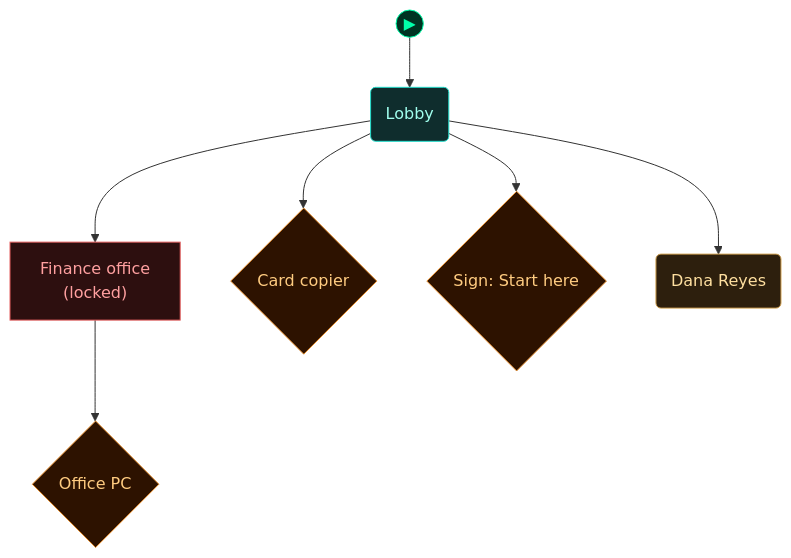
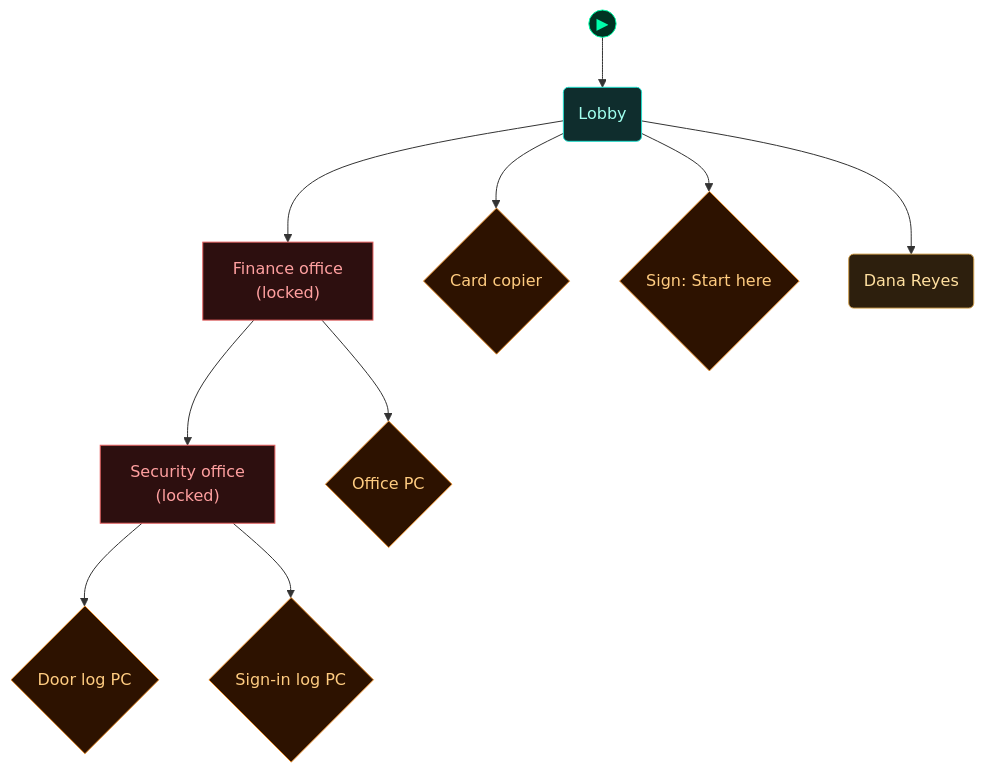
One commit to cliffe/BreakEscape changed the fifth of 5 diagrams in scenarios/test_ops_logs/dungeon_graph.md. Above: the diagram before and after it, drawn with Mermaid. The commit also changed other lines of this file and 8 other files, not shown here.

Commit message:
Ops log L2a: test_ops_logs security room with a reader per source, scenario tests, playtest beats 8-13, A24 read-side docs

````diff
--- a/scenarios/test_ops_logs/dungeon_graph.md
+++ b/scenarios/test_ops_logs/dungeon_graph.md
@@ -208,40 +218,46 @@
 ```mermaid
 flowchart TD
 
   classDef room      fill:#0f2d2d,stroke:#22ddcc,color:#a0ffee
   classDef lock      fill:#2d0f0f,stroke:#e66060,color:#ffa0a0
   classDef key       fill:#2d0812,stroke:#e66060,color:#ffa0a0
   classDef item      fill:#2d1200,stroke:#e89030,color:#ffcc80
   classDef gate      fill:#111,stroke:#666,color:#eee
   classDef vm        fill:#0c1f40,stroke:#4a90d9,color:#a0c8ff
   classDef flag      fill:#1a0c2d,stroke:#9060d0,color:#cc99ff
   classDef action    fill:#1a1200,stroke:#cc9922,color:#ffee88
   classDef aim       fill:#0d2a0d,stroke:#44cc44,color:#88ff88
   classDef aim_gate  fill:#111111,stroke:#44cc44,color:#44cc44
   classDef container fill:#1a2d1a,stroke:#60b060,color:#a0e0a0
   classDef npc       fill:#2d1f0d,stroke:#d0a050,color:#ffe0a0
   classDef critical  fill:#2a1500,stroke:#ffaa00,color:#ffdd88
   classDef start     fill:#003322,stroke:#00ffaa,color:#00ffaa
 
   node_start(("▶"))
   node_start --> lobby
 
   lobby("Lobby")
   office["Finance office<br/>(locked)"]
+  security["Security office<br/>(locked)"]
   rc_card_copier_1{"Card copier"}
   rc_sign_lobby_2{"Sign: Start here"}
   rc_npc_dana_reyes_3("Dana Reyes")
   rc_office_pc_4{"Office PC"}
+  rc_door_log_pc_5{"Door log PC"}
+  rc_signin_log_pc_6{"Sign-in log PC"}
 
   lobby --> office
+  office --> security
   lobby --> rc_card_copier_1
   lobby --> rc_sign_lobby_2
   lobby --> rc_npc_dana_reyes_3
   office --> rc_office_pc_4
+  security --> rc_door_log_pc_5
+  security --> rc_signin_log_pc_6
 
   class lobby room
-  class office lock
-  class rc_card_copier_1,rc_sign_lobby_2,rc_office_pc_4 item
+  class office,security lock
+  class rc_card_copier_1,rc_sign_lobby_2,rc_office_pc_4,rc_door_log_pc_5,rc_signin_log_pc_6 item
   class rc_npc_dana_reyes_3 npc
   class node_start start
 ```
````
